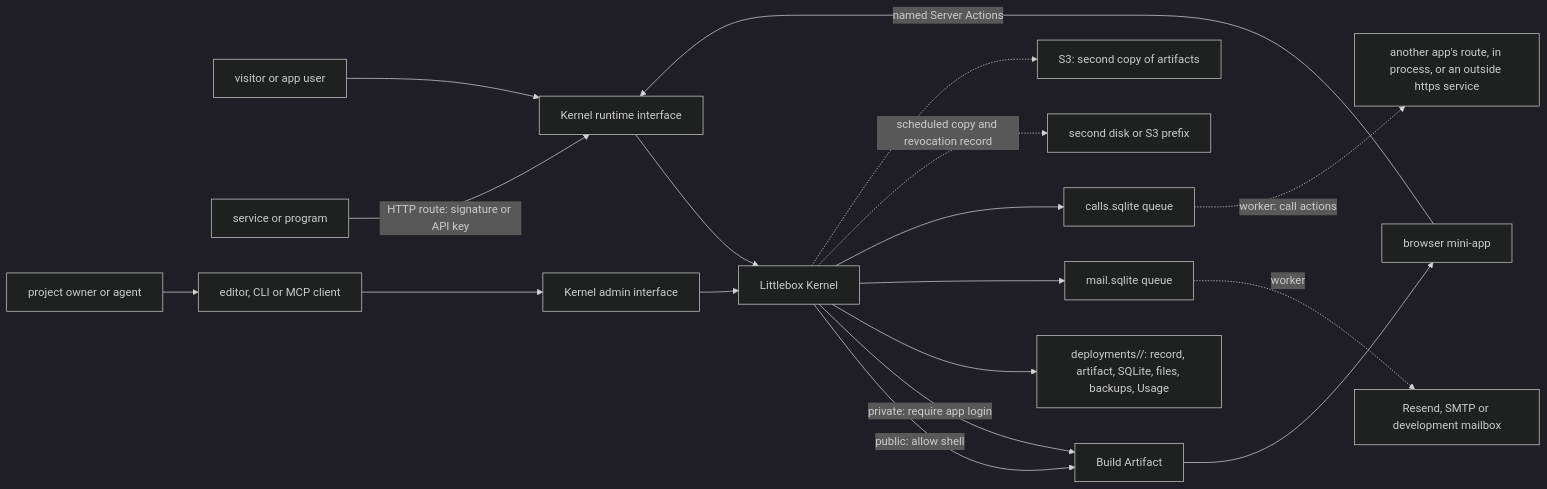
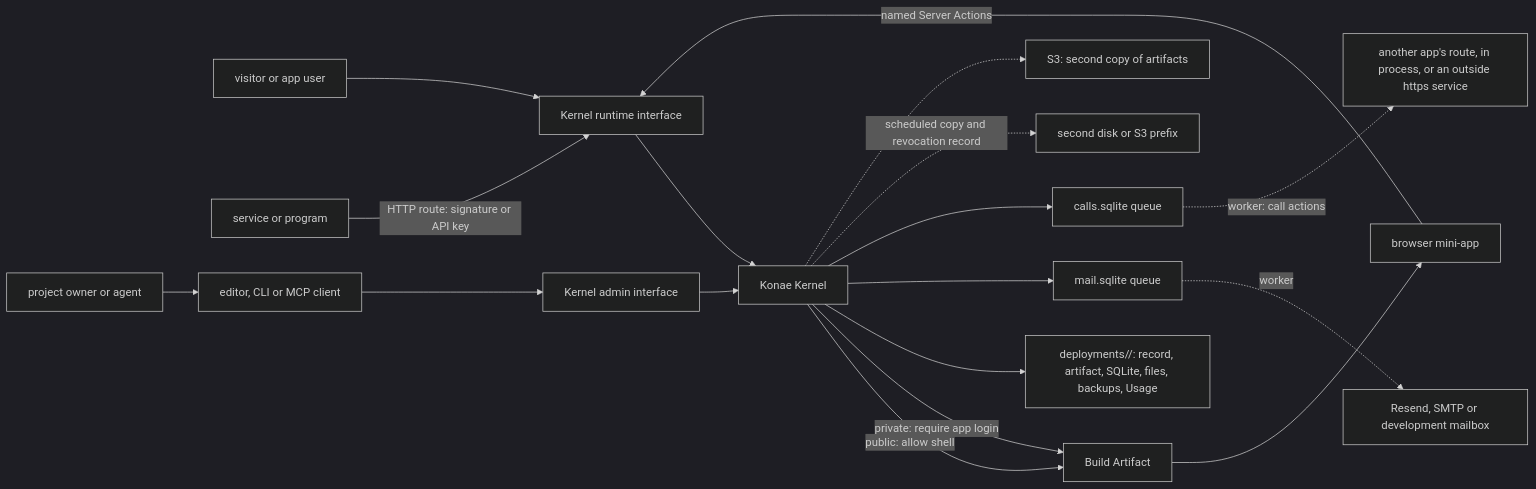
Before and after one commit to danibram/konae: the second of 2 diagrams in docs/architecture.md, drawn with Mermaid (dark theme). The commit also changed other lines of this file and 375 other files, not shown here.

Commit message:
Rename Littlebox to Konae in variables, routes, files, the CLI, the crate and the docs

````diff
--- a/docs/architecture.md
+++ b/docs/architecture.md
@@ -47,20 +49,20 @@
 ```mermaid
 flowchart LR
   V["visitor or app user"] --> RI["Kernel runtime interface"]
   SV["service or program"] -->|"HTTP route: signature or API key"| RI
-  RI --> K["Littlebox Kernel"]
+  RI --> K["Konae Kernel"]
   K -->|"public: allow shell"| C["Build Artifact"]
   K -->|"private: require app login"| C
   C --> B["browser mini-app"]
   B -->|"named Server Actions"| RI
   K --> DB["deployments/<id>/: record, artifact, SQLite, files, backups, Usage"]
   K --> MQ["mail.sqlite queue"]
   MQ -.->|"worker"| MP["Resend, SMTP or development mailbox"]
   K --> CQ["calls.sqlite queue"]
   CQ -.->|"worker: call actions"| OS["another app's route, in process, or an outside https service"]
   K -.->|"scheduled copy and revocation record"| CP["second disk or S3 prefix"]
   K -.-> S3["S3: second copy of artifacts"]
   O["project owner or agent"] --> E["editor, CLI or MCP client"]
   E --> AI["Kernel admin interface"]
   AI --> K
 ```
````
